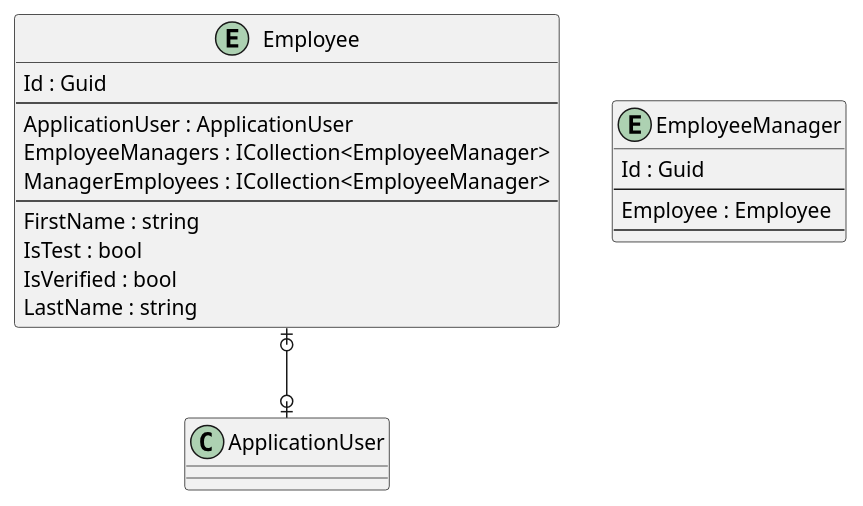
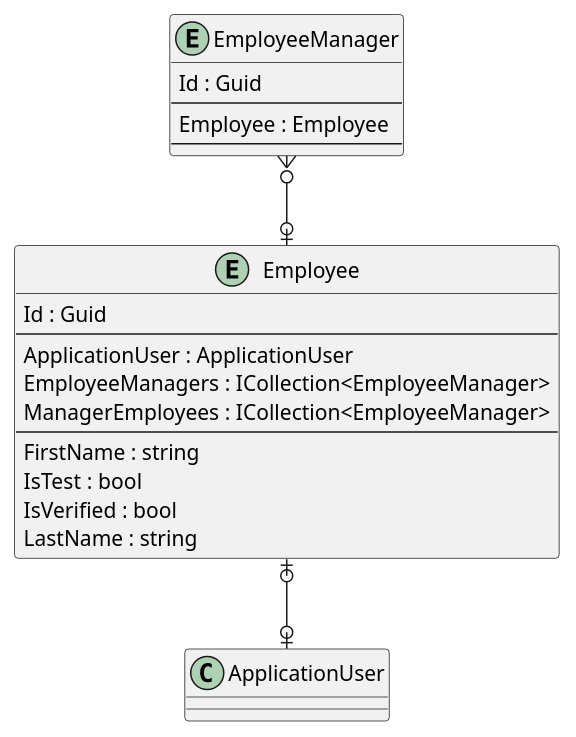
The diagram in .docs/Intrepion.EmployeeManagers.pu (intrepion/intrepion_employee-managers_csharp), drawn with PlantUML before and after one commit.

Commit message:
gawk -i inplace "{ gsub(/' RelationshipCodePlaceholder/, \"EmployeeManager }o--o| Employee\n' RelationshipCodePlaceholder\") }; { print }" .docs/Intrepion.EmployeeManagers.pu

```diff
--- a/.docs/Intrepion.EmployeeManagers.pu
+++ b/.docs/Intrepion.EmployeeManagers.pu
@@ -1,32 +1,33 @@
 @startuml
 
 entity Employee {
     Id : Guid
     --
     ApplicationUser : ApplicationUser
     EmployeeManagers : ICollection<EmployeeManager>
     ManagerEmployees : ICollection<EmployeeManager>
     ' EmployeeKeyCodePlaceholder
     --
     FirstName : string
     IsTest : bool
     IsVerified : bool
     LastName : string
     ' EmployeePropertyCodePlaceholder
 }
 
 entity EmployeeManager {
     Id : Guid
     --
     Employee : Employee
     ' EmployeeManagerKeyCodePlaceholder
     --
     ' EmployeeManagerPropertyCodePlaceholder
 }
 
 ' EntityCodePlaceholder
 
 Employee |o--o| ApplicationUser
+EmployeeManager }o--o| Employee
 ' RelationshipCodePlaceholder
 
 @enduml
```
